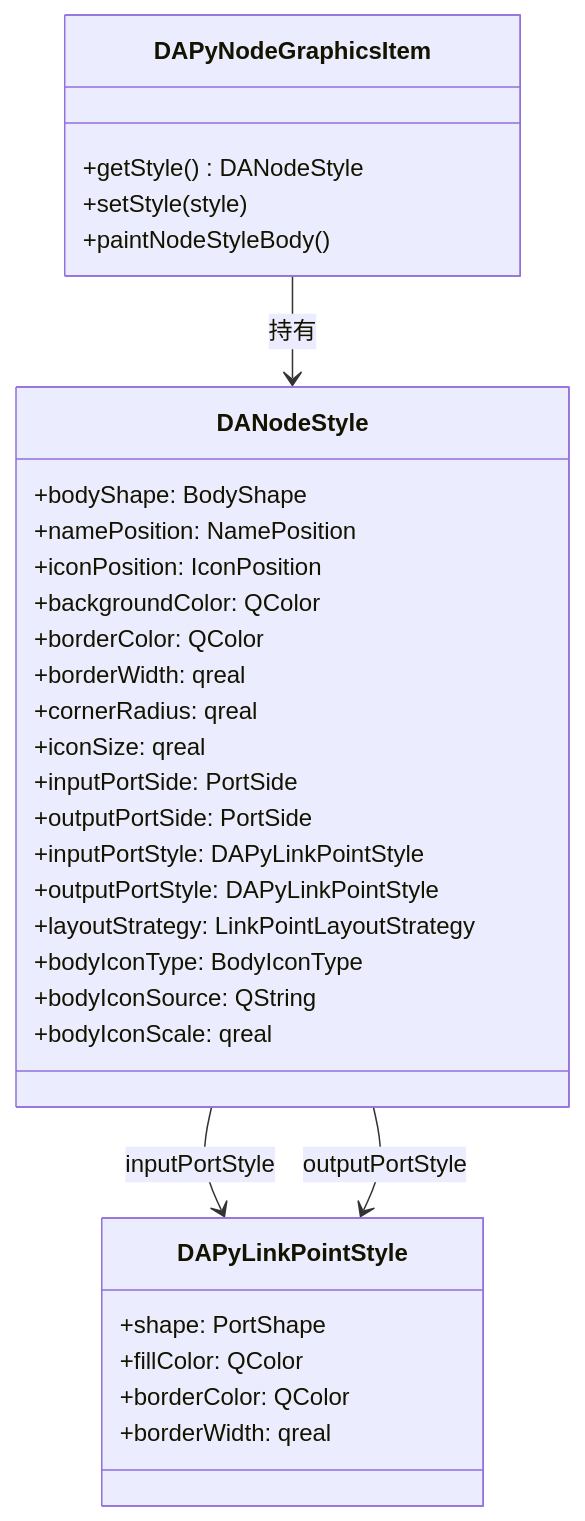
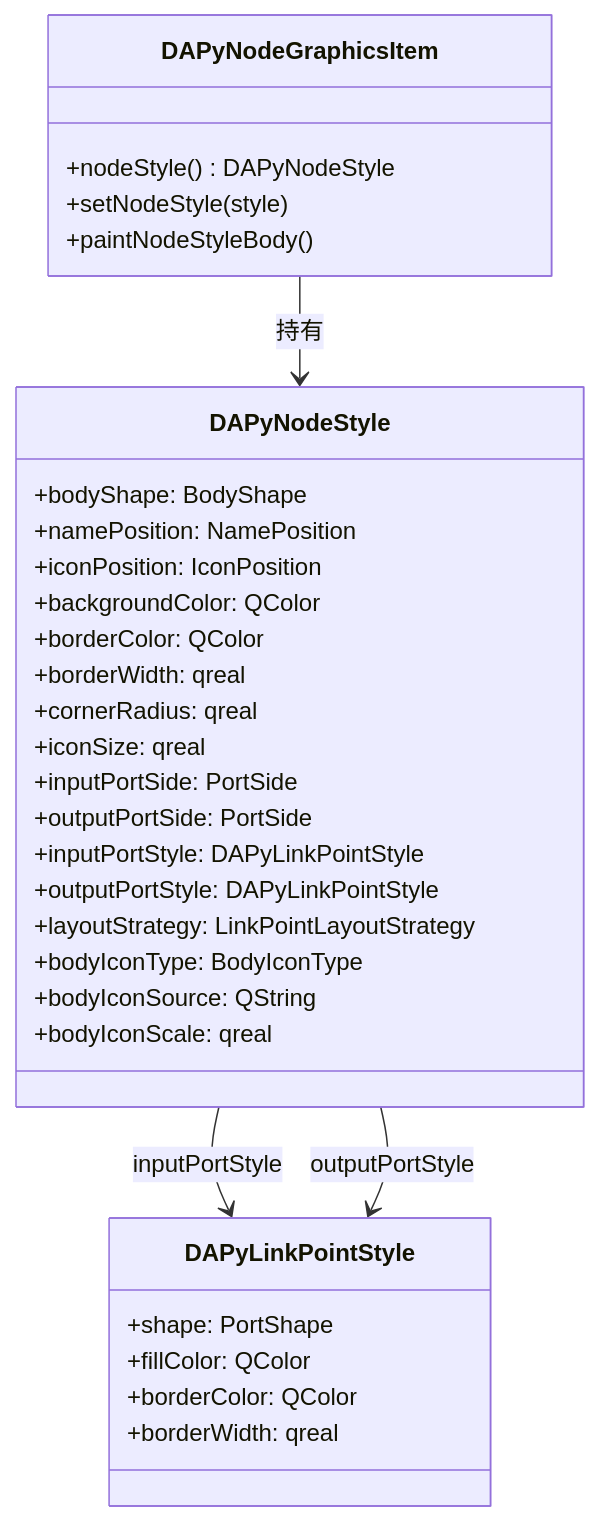
The diagram in docs/zh/dev-guide/node-rendering-settings.md (czyt1988/data-workbench), drawn with Mermaid before and after one commit. The commit also changed other lines of this file and 8 other files, not shown here.

First line of the commit message:
docs: update AGENTS.md and workflow documentation for refactored DAPyWorkFlow architecture

````diff
--- a/docs/zh/dev-guide/node-rendering-settings.md
+++ b/docs/zh/dev-guide/node-rendering-settings.md
@@ -34,38 +34,38 @@
 ```mermaid
 classDiagram
-    class DANodeStyle {
+    class DAPyNodeStyle {
         +bodyShape: BodyShape
         +namePosition: NamePosition
         +iconPosition: IconPosition
         +backgroundColor: QColor
         +borderColor: QColor
         +borderWidth: qreal
         +cornerRadius: qreal
         +iconSize: qreal
         +inputPortSide: PortSide
         +outputPortSide: PortSide
         +inputPortStyle: DAPyLinkPointStyle
         +outputPortStyle: DAPyLinkPointStyle
         +layoutStrategy: LinkPointLayoutStrategy
         +bodyIconType: BodyIconType
         +bodyIconSource: QString
         +bodyIconScale: qreal
     }
 
     class DAPyLinkPointStyle {
         +shape: PortShape
         +fillColor: QColor
         +borderColor: QColor
         +borderWidth: qreal
     }
 
     class DAPyNodeGraphicsItem {
-        +getStyle() DANodeStyle
-        +setStyle(style)
+        +nodeStyle() DAPyNodeStyle
+        +setNodeStyle(style)
         +paintNodeStyleBody()
     }
 
-    DANodeStyle --> DAPyLinkPointStyle : inputPortStyle
-    DANodeStyle --> DAPyLinkPointStyle : outputPortStyle
-    DAPyNodeGraphicsItem --> DANodeStyle : 持有
+    DAPyNodeStyle --> DAPyLinkPointStyle : inputPortStyle
+    DAPyNodeStyle --> DAPyLinkPointStyle : outputPortStyle
+    DAPyNodeGraphicsItem --> DAPyNodeStyle : 持有
 ```
````
